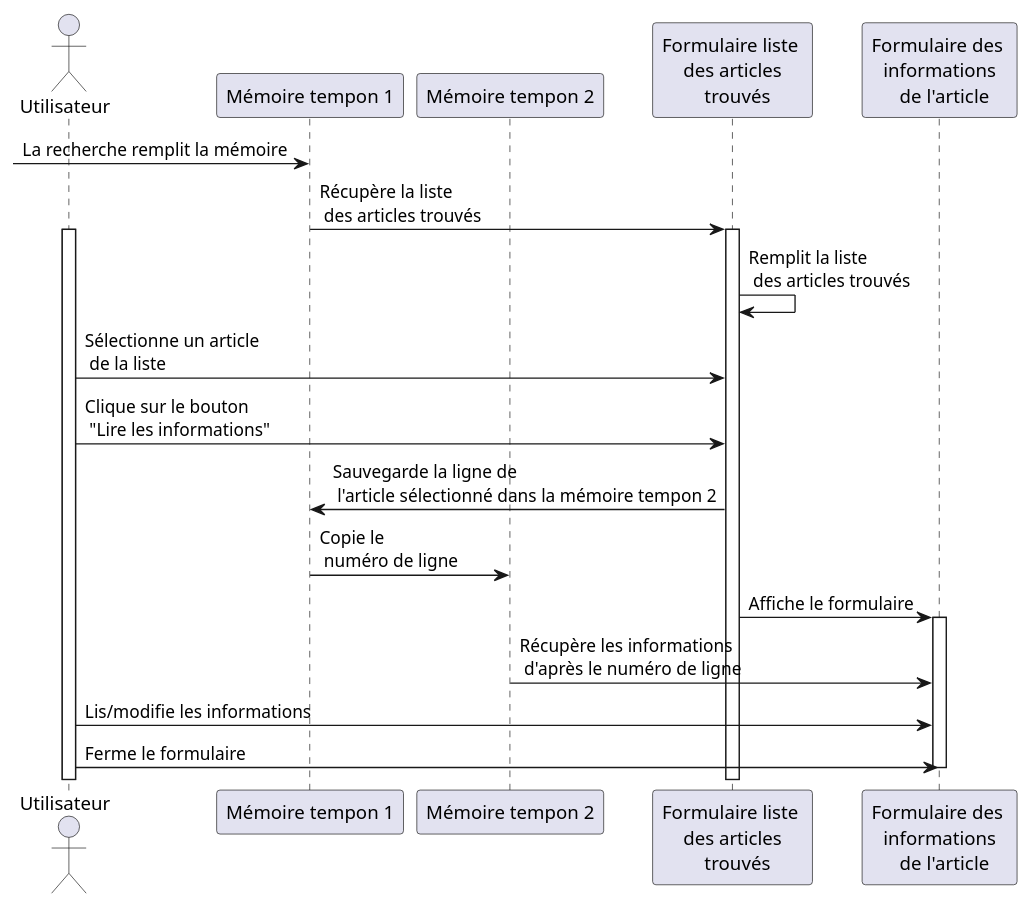
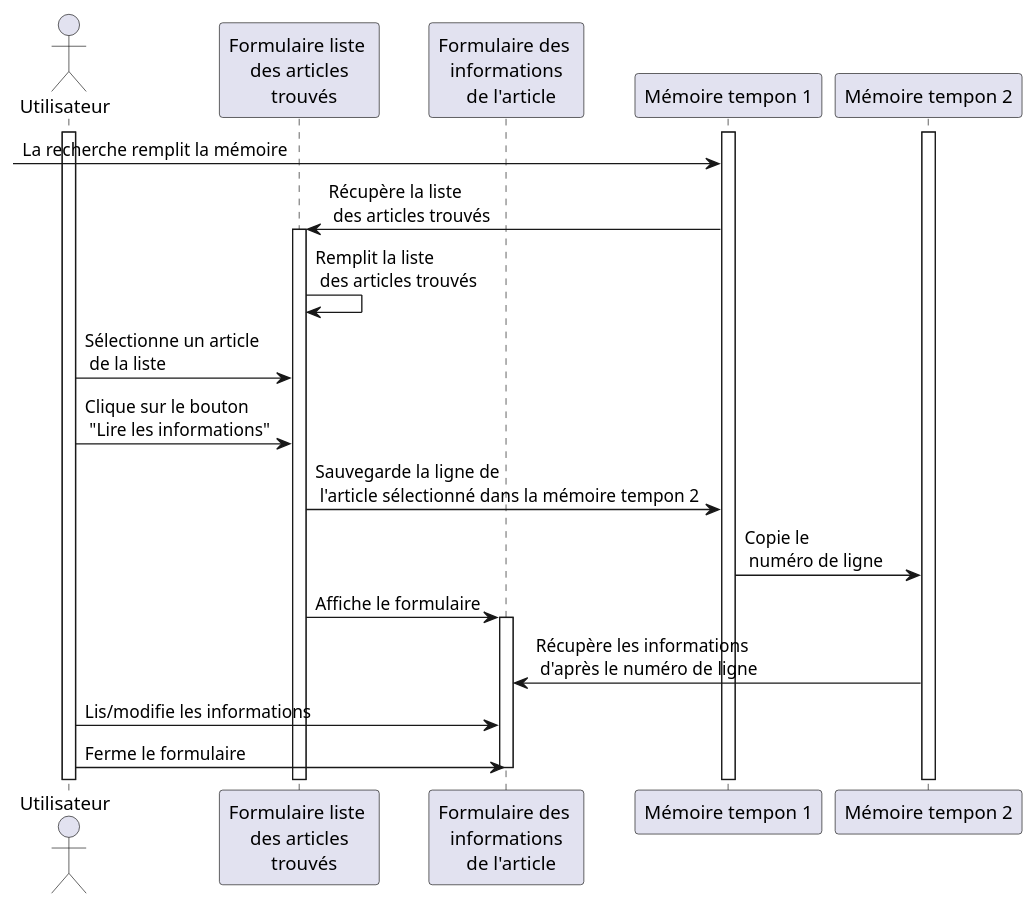
One commit to UPPA-s-University-Projects/rapport-stage changed the diagram in sequence/Mission 1/multipleTrouves.puml. Above: the diagram before and after it, drawn with PlantUML. The commit also changed 6 other files, not shown here.

Commit message:
New diagram, begin M2 Work

```diff
--- a/sequence/Mission 1/multipleTrouves.puml
+++ b/sequence/Mission 1/multipleTrouves.puml
@@ -1,29 +1,31 @@
 @startuml global gestionnaire de stocks sequence
 
     
     'Create an actor "user"
     actor Utilisateur as usr
+    participant "Formulaire liste \n des articles \n  trouvés" as frmMultipleFound
+    participant "Formulaire des \n informations \n  de l'article" as frmInfo
     participant "Mémoire tempon 1" as temp1
     participant "Mémoire tempon 2" as temp2
-    participant "Formulaire liste \n des articles \n  trouvés" as frmMultipleFound
-    participant "Formulaire des \n informations \n  de l'article" as frmInfo
 
 
+    Activate temp1
+    Activate temp2
+    Activate usr
     [-> temp1: La recherche remplit la mémoire
     temp1 -> frmMultipleFound: Récupère la liste \n des articles trouvés
-    Activate usr
     Activate frmMultipleFound
     frmMultipleFound -> frmMultipleFound: Remplit la liste \n des articles trouvés
     usr -> frmMultipleFound: Sélectionne un article \n de la liste
     usr -> frmMultipleFound: Clique sur le bouton \n "Lire les informations"
     frmMultipleFound -> temp1: Sauvegarde la ligne de \n l'article sélectionné dans la mémoire tempon 2 
     temp1 -> temp2 : Copie le \n numéro de ligne
     frmMultipleFound -> frmInfo: Affiche le formulaire
     activate frmInfo
     frmInfo <- temp2: Récupère les informations \n d'après le numéro de ligne
     usr -> frmInfo: Lis/modifie les informations
     usr -> frmInfo: Ferme le formulaire
     deactivate frmInfo
 
 
 @enduml
```
